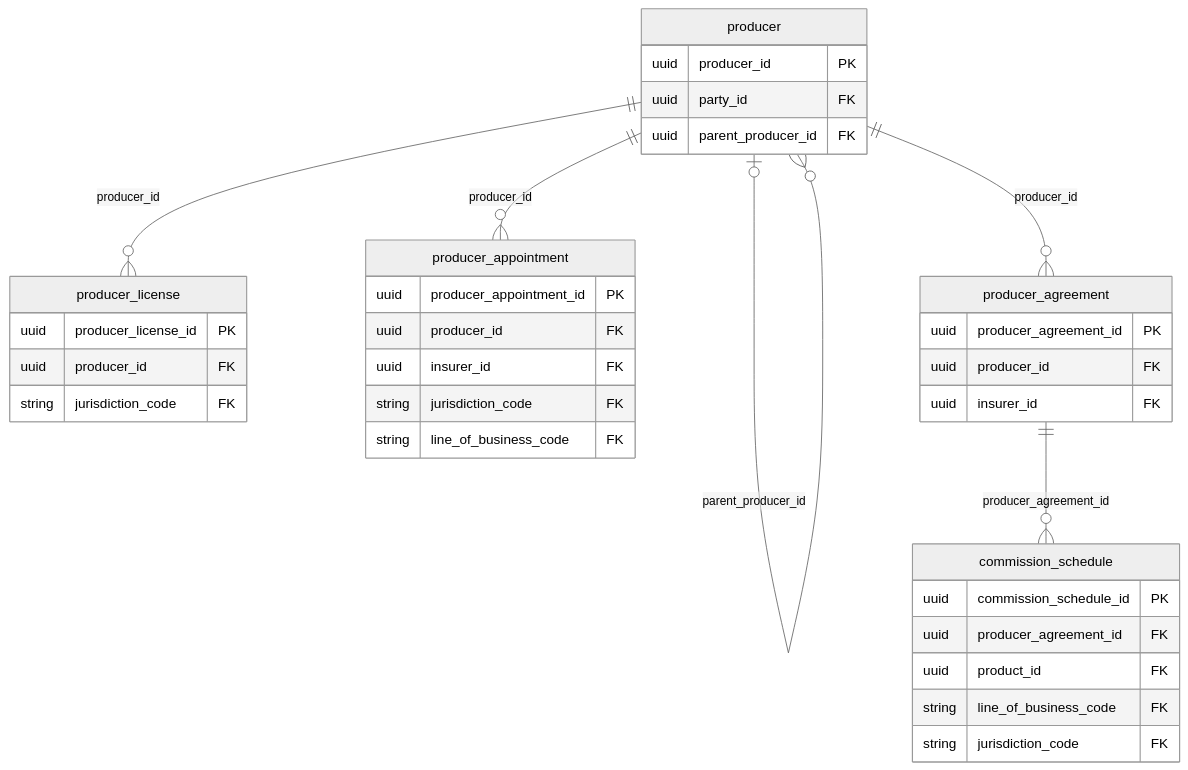
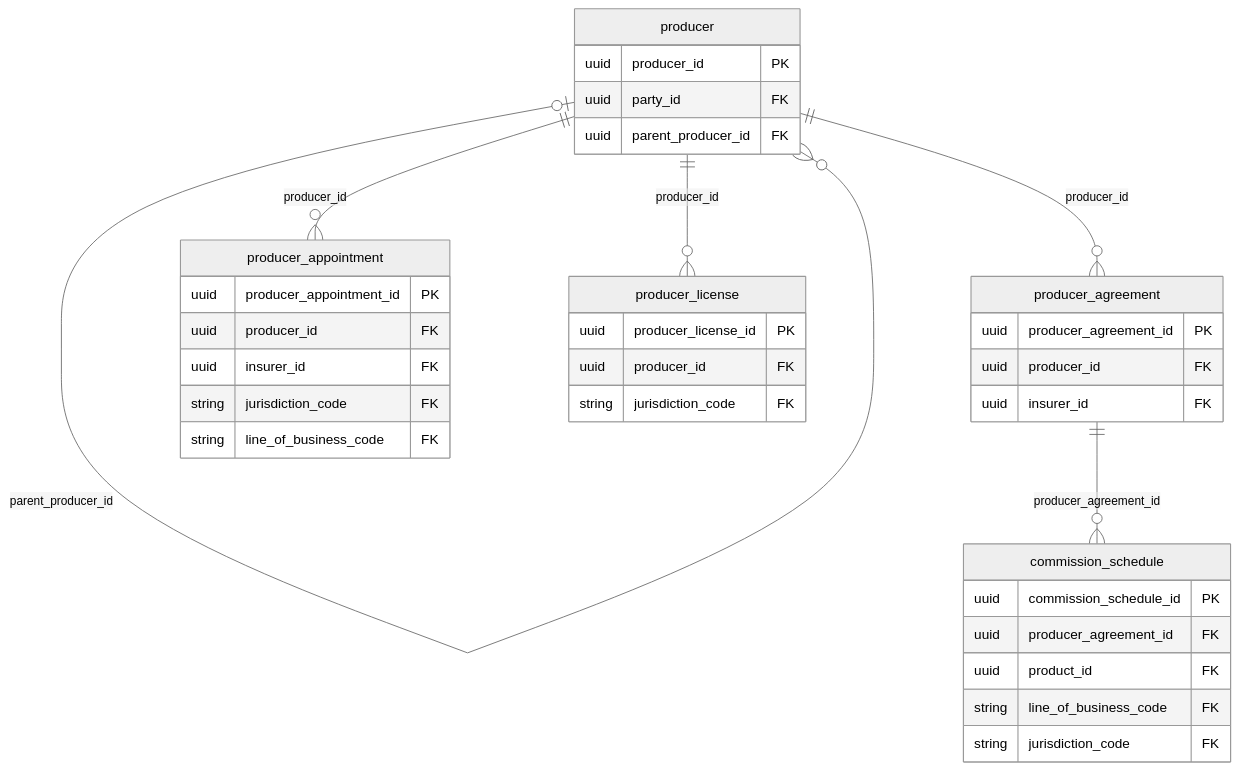
One commit to EricHeasley/InsuranceDataModel changed the fourth of 13 diagrams in docs/diagrams.md. Above: the diagram before and after it, drawn with Mermaid (neutral theme). The commit also changed other lines of this file and 300 other files, not shown here.

First line of the commit message:
Make standard JSON Schema files the source of the model

````diff
--- a/docs/diagrams.md
+++ b/docs/diagrams.md
@@ -190,37 +190,37 @@
 ```mermaid
 erDiagram
+  commission_schedule {
+    uuid commission_schedule_id PK
+    uuid producer_agreement_id FK
+    uuid product_id FK
+    string line_of_business_code FK
+    string jurisdiction_code FK
+  }
   producer {
     uuid producer_id PK
     uuid party_id FK
     uuid parent_producer_id FK
   }
-  producer_license {
-    uuid producer_license_id PK
+  producer_agreement {
+    uuid producer_agreement_id PK
     uuid producer_id FK
-    string jurisdiction_code FK
+    uuid insurer_id FK
   }
   producer_appointment {
     uuid producer_appointment_id PK
     uuid producer_id FK
     uuid insurer_id FK
     string jurisdiction_code FK
     string line_of_business_code FK
   }
-  producer_agreement {
-    uuid producer_agreement_id PK
+  producer_license {
+    uuid producer_license_id PK
     uuid producer_id FK
-    uuid insurer_id FK
-  }
-  commission_schedule {
-    uuid commission_schedule_id PK
-    uuid producer_agreement_id FK
-    uuid product_id FK
-    string line_of_business_code FK
     string jurisdiction_code FK
   }
+  producer_agreement ||--o{ commission_schedule : "producer_agreement_id"
   producer o|--o{ producer : "parent_producer_id"
+  producer ||--o{ producer_agreement : "producer_id"
+  producer ||--o{ producer_appointment : "producer_id"
   producer ||--o{ producer_license : "producer_id"
-  producer ||--o{ producer_appointment : "producer_id"
-  producer ||--o{ producer_agreement : "producer_id"
-  producer_agreement ||--o{ commission_schedule : "producer_agreement_id"
 ```
````
